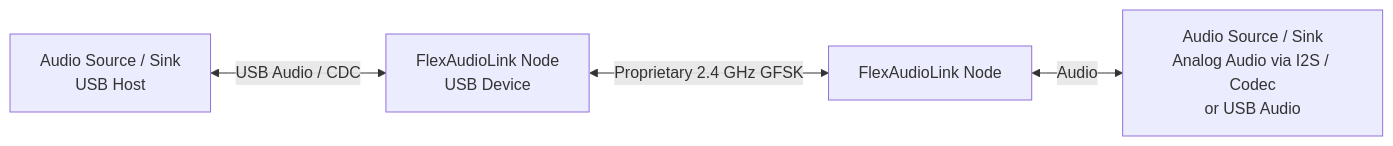
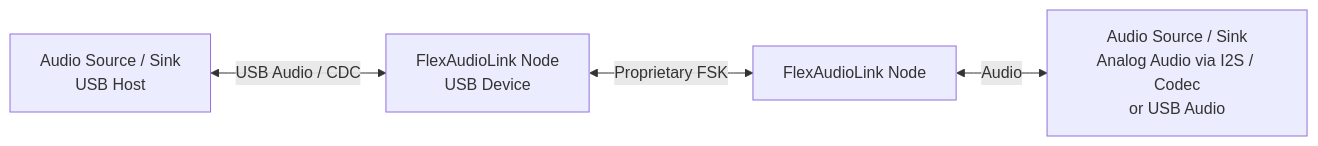
Before and after one commit to gab-k/FlexAudioLink: the first of 3 diagrams in README.md, drawn with Mermaid. The commit also changed other lines of this file and 25 other files, not shown here.

````diff
--- a/README.md
+++ b/README.md
@@ -114,11 +114,11 @@
 ```mermaid
 flowchart LR
     Source[Audio Source / Sink<br/>USB Host]
     Dongle[FlexAudioLink Node<br/>USB Device]
     Headset[FlexAudioLink Node]
     Endpoint[Audio Source / Sink<br/>Analog Audio via I2S / Codec<br/>or USB Audio]
 
     Source <-->|USB Audio / CDC| Dongle
-    Dongle <-->|Proprietary 2.4 GHz GFSK| Headset
+    Dongle <-->|Proprietary FSK| Headset
     Headset <-->|Audio| Endpoint
 ```
````
